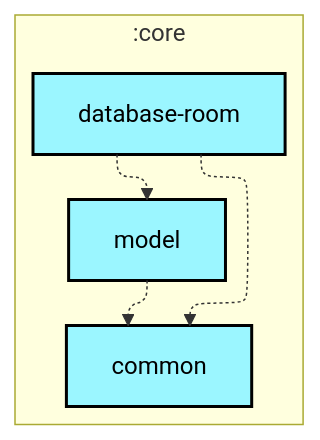
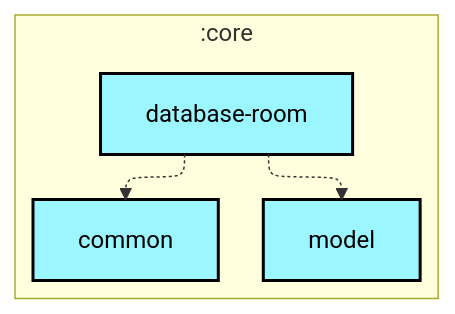
Before and after one commit to woods-marshes/chat-multiplatform: the first of 2 diagrams in core/database-room/README.md, drawn with Mermaid. The commit also changed other lines of this file and 26 other files, not shown here.

First line of the commit message:
build: fix module graph plugin detection and refresh READMEs

````diff
--- a/core/database-room/README.md
+++ b/core/database-room/README.md
@@ -6,24 +6,25 @@
 ```mermaid
 ---
 config:
   layout: elk
   elk:
     nodePlacementStrategy: SIMPLE
 ---
 graph TB
   subgraph :core
     direction TB
     :core:common[common]:::kotlin-multiplatform
     :core:database-room[database-room]:::kotlin-multiplatform
     :core:model[model]:::kotlin-multiplatform
   end
 
   :core:database-room -.-> :core:common
   :core:database-room -.-> :core:model
-  :core:model -.-> :core:common
 
 classDef android-application fill:#CAFFBF,stroke:#000,stroke-width:2px,color:#000;
+classDef desktop-application fill:#BDB2FF,stroke:#000,stroke-width:2px,color:#000;
 classDef compose-multiplatform fill:#FFD6A5,stroke:#000,stroke-width:2px,color:#000;
+classDef ktor-server fill:#FDFFB6,stroke:#000,stroke-width:2px,color:#000;
 classDef kotlin-multiplatform fill:#9BF6FF,stroke:#000,stroke-width:2px,color:#000;
 classDef unknown fill:#FFADAD,stroke:#000,stroke-width:2px,color:#000;
 ```
````
